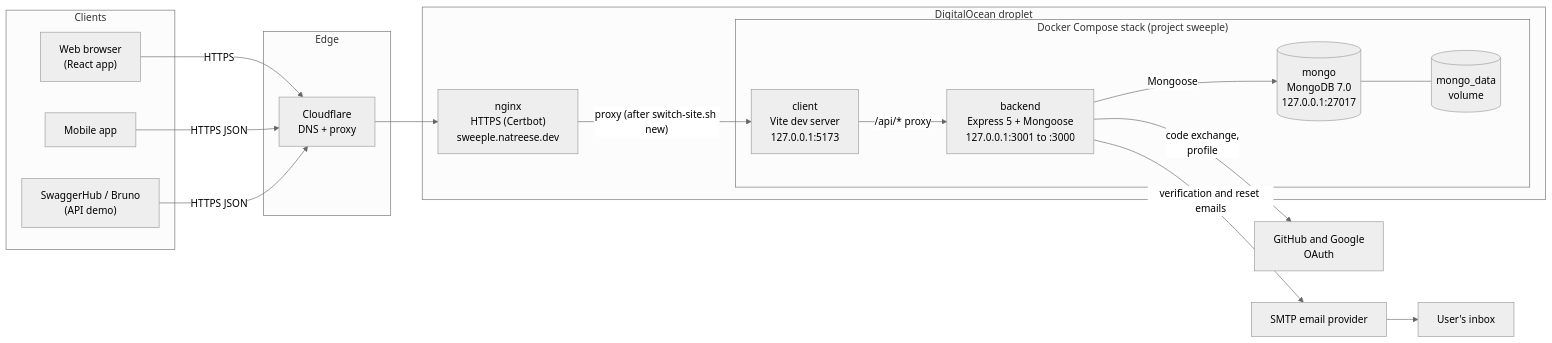
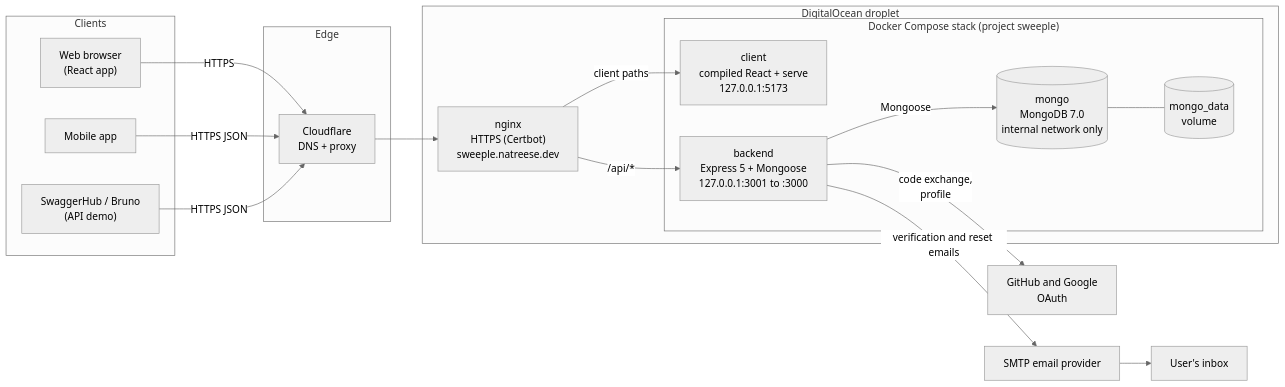
One commit to Skatboards/COP4331-MERN-Project changed the first of 4 diagrams in docs/system-design.md. Above: the diagram before and after it, drawn with Mermaid (neutral theme). The commit also changed other lines of this file and 9 other files, not shown here.

````diff
--- a/docs/system-design.md
+++ b/docs/system-design.md
@@ -9,38 +13,38 @@
 ```mermaid
 flowchart LR
     subgraph Clients
         browser["Web browser<br/>(React app)"]
         mobile["Mobile app"]
         swagger["SwaggerHub / Bruno<br/>(API demo)"]
     end
 
     subgraph Edge
         cf["Cloudflare<br/>DNS + proxy"]
     end
 
     subgraph Droplet["DigitalOcean droplet"]
         nginx["nginx<br/>HTTPS (Certbot)<br/>sweeple.natreese.dev"]
         subgraph Stack["Docker Compose stack (project sweeple)"]
-            client["client<br/>Vite dev server<br/>127.0.0.1:5173"]
+            client["client<br/>compiled React + serve<br/>127.0.0.1:5173"]
             backend["backend<br/>Express 5 + Mongoose<br/>127.0.0.1:3001 to :3000"]
-            mongo[("mongo<br/>MongoDB 7.0<br/>127.0.0.1:27017")]
+            mongo[("mongo<br/>MongoDB 7.0<br/>internal network only")]
             vol[("mongo_data<br/>volume")]
         end
     end
 
     smtp["SMTP email provider"]
     idp["GitHub and Google<br/>OAuth"]
     inbox["User's inbox"]
 
     browser -->|HTTPS| cf
     mobile -->|HTTPS JSON| cf
     swagger -->|HTTPS JSON| cf
     cf --> nginx
-    nginx -->|"proxy (after switch-site.sh new)"| client
-    client -->|"/api/* proxy"| backend
+    nginx -->|"client paths"| client
+    nginx -->|"/api/*"| backend
     backend -->|Mongoose| mongo
     mongo --- vol
     backend -->|"verification and reset emails"| smtp
     smtp --> inbox
     backend -->|"code exchange,<br/>profile"| idp
 ```
````
